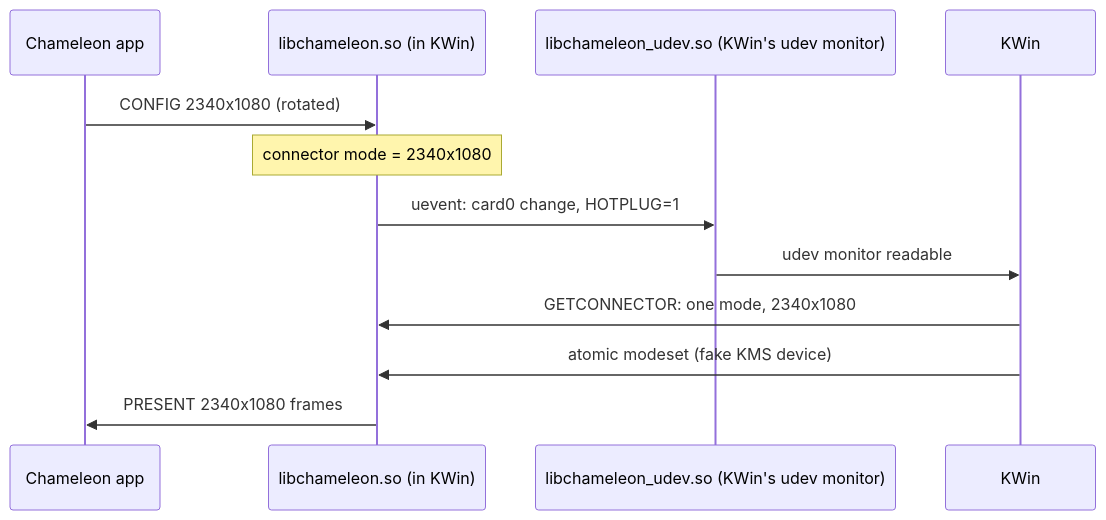
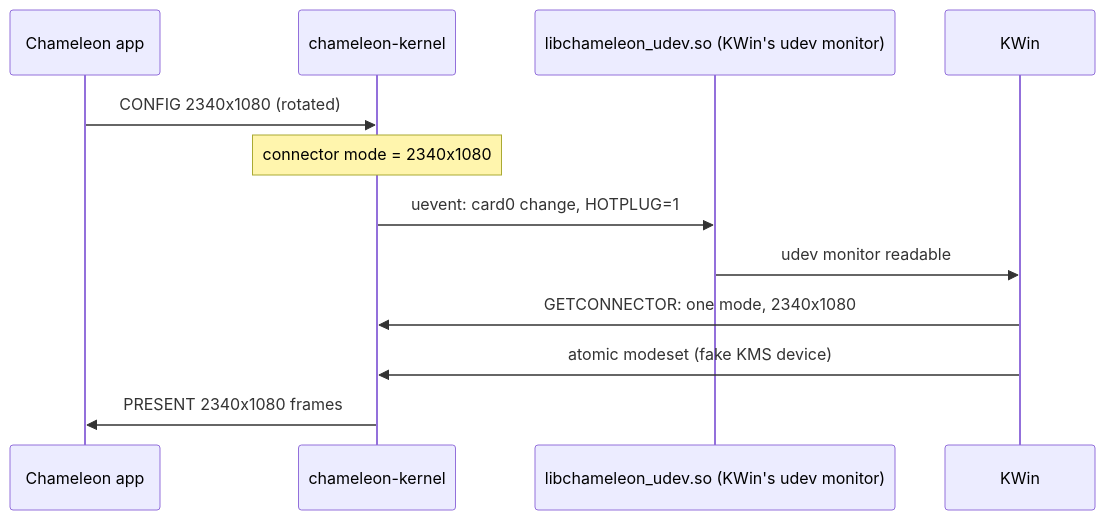
The second of 4 diagrams in README.md (HarryL0L/Project-Chameleon), drawn with Mermaid before and after one commit. The commit also changed other lines of this file and 17 other files, not shown here.

````diff
--- a/README.md
+++ b/README.md
@@ -242,14 +256,14 @@
 ```mermaid
 sequenceDiagram
     participant A as Chameleon app
-    participant S as libchameleon.so (in KWin)
+    participant S as chameleon-kernel
     participant U as libchameleon_udev.so (KWin's udev monitor)
     participant K as KWin
     A->>S: CONFIG 2340x1080 (rotated)
     Note over S: connector mode = 2340x1080
     S->>U: uevent: card0 change, HOTPLUG=1
     U->>K: udev monitor readable
     K->>S: GETCONNECTOR: one mode, 2340x1080
     K->>S: atomic modeset (fake KMS device)
     S->>A: PRESENT 2340x1080 frames
 ```
````
